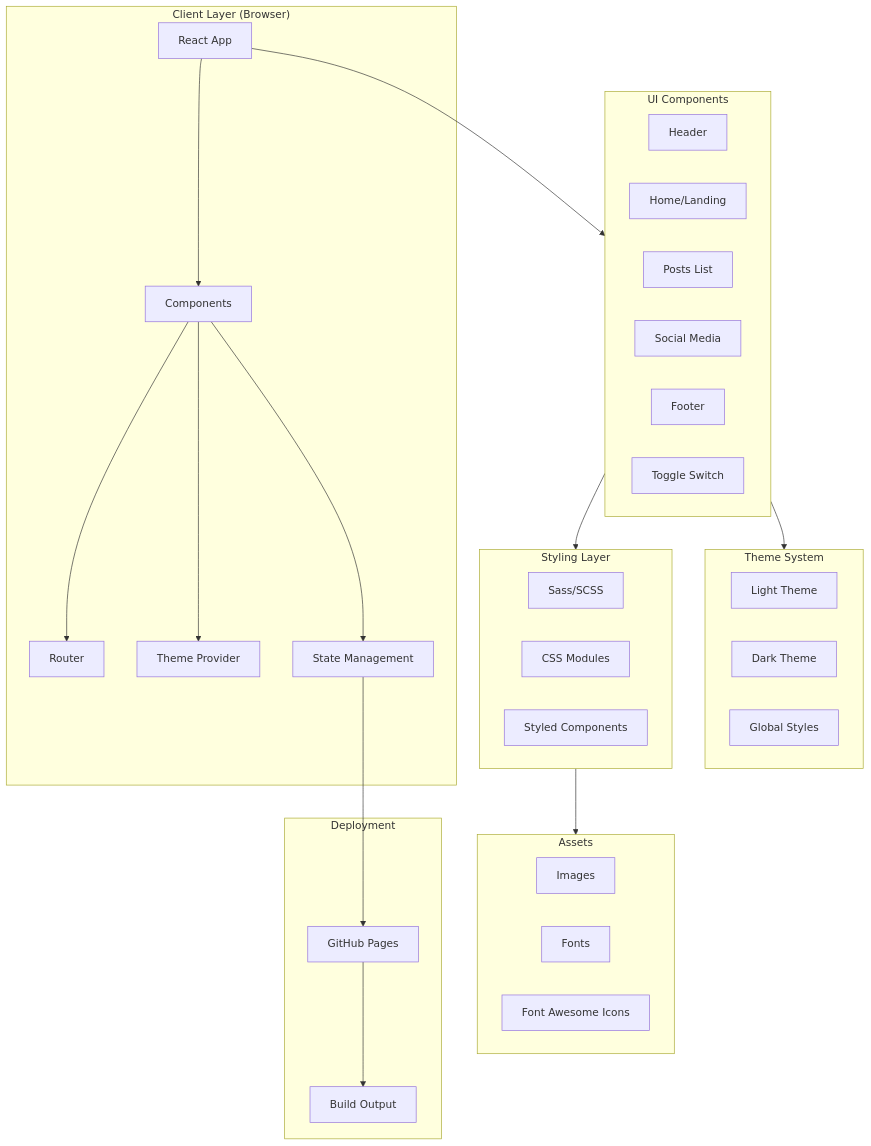
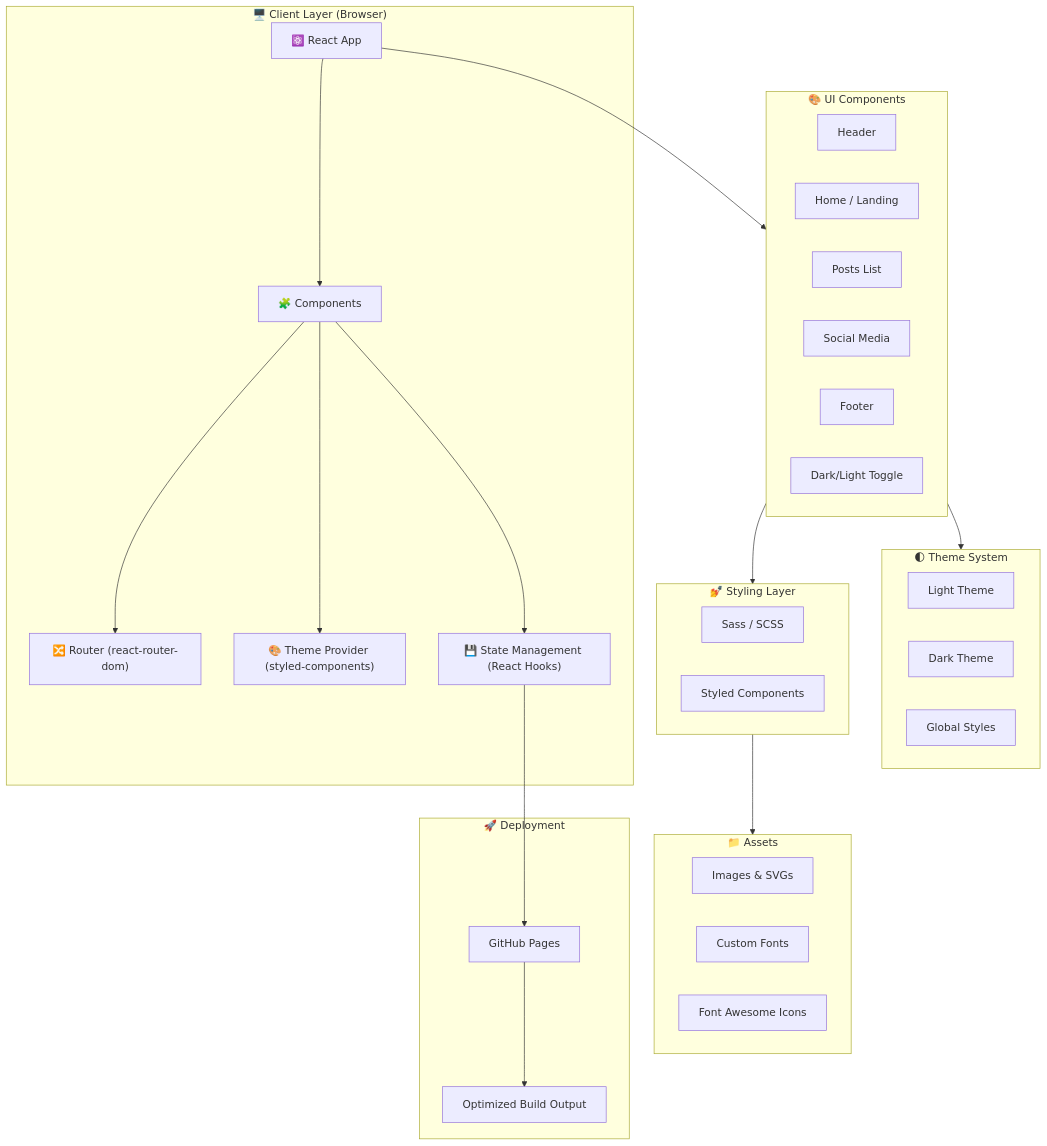
Before and after one commit to girishlade111/truvisory: the first of 2 diagrams in README.md, drawn with Mermaid. The commit also changed other lines of this file, not shown here.

Commit message:
docs: enhance README with emoji icons, updated descriptions, and improved Mermaid diagrams

````diff
--- a/README.md
+++ b/README.md
@@ -33,49 +34,53 @@
 ```mermaid
 flowchart TB
-    subgraph Client["Client Layer (Browser)"]
-        A[React App] --> B[Components]
-        B --> C[Router]
-        B --> D[Theme Provider]
-        B --> E[State Management]
+    %% Client Layer
+    subgraph ClientLayer ["🖥️ Client Layer (Browser)"]
+        ReactApp["⚛️ React App"] --> Components["🧩 Components"]
+        Components --> Router["🔀 Router (react-router-dom)"]
+        Components --> ThemeProv["🎨 Theme Provider (styled-components)"]
+        Components --> StateMgmt["💾 State Management (React Hooks)"]
     end
 
-    subgraph UI["UI Components"]
-        F[Header]
-        G[Home/Landing]
-        H[Posts List]
-        I[Social Media]
-        J[Footer]
-        K[Toggle Switch]
+    %% UI Components
+    subgraph UIComponents ["🎨 UI Components"]
+        Header["Header"]
+        HomeLanding["Home / Landing"]
+        PostsList["Posts List"]
+        SocialMedia["Social Media"]
+        Footer["Footer"]
+        ToggleSwitch["Dark/Light Toggle"]
     end
 
-    subgraph Styling["Styling Layer"]
-        L[Sass/SCSS]
-        M[CSS Modules]
-        N[Styled Components]
+    %% Styling & Theme
+    subgraph StylingLayer ["💅 Styling Layer"]
+        SassCSS["Sass / SCSS"]
+        StyledComponents["Styled Components"]
     end
 
-    subgraph Theme["Theme System"]
-        O[Light Theme]
-        P[Dark Theme]
-        Q[Global Styles]
+    subgraph ThemeSystem ["🌓 Theme System"]
+        LightTheme["Light Theme"]
+        DarkTheme["Dark Theme"]
+        GlobalStyles["Global Styles"]
     end
 
-    subgraph Assets["Assets"]
-        R[Images]
-        S[Fonts]
-        T[Font Awesome Icons]
+    %% Assets
+    subgraph Assets ["📁 Assets"]
+        Images["Images & SVGs"]
+        Fonts["Custom Fonts"]
+        Icons["Font Awesome Icons"]
     end
 
-    A --> UI
-    UI --> Styling
-    UI --> Theme
-    Styling --> Assets
-
-    subgraph Deployment["Deployment"]
-        V[GitHub Pages]
-        W[Build Output]
+    %% Deployment
+    subgraph Deployment ["🚀 Deployment"]
+        GHPages["GitHub Pages"]
+        BuildOut["Optimized Build Output"]
     end
 
-    E --> V
-    V --> W
+    %% Connections
+    ReactApp --> UIComponents
+    UIComponents --> StylingLayer
+    UIComponents --> ThemeSystem
+    StylingLayer --> Assets
+    StateMgmt --> GHPages
+    GHPages --> BuildOut
 ```
````
